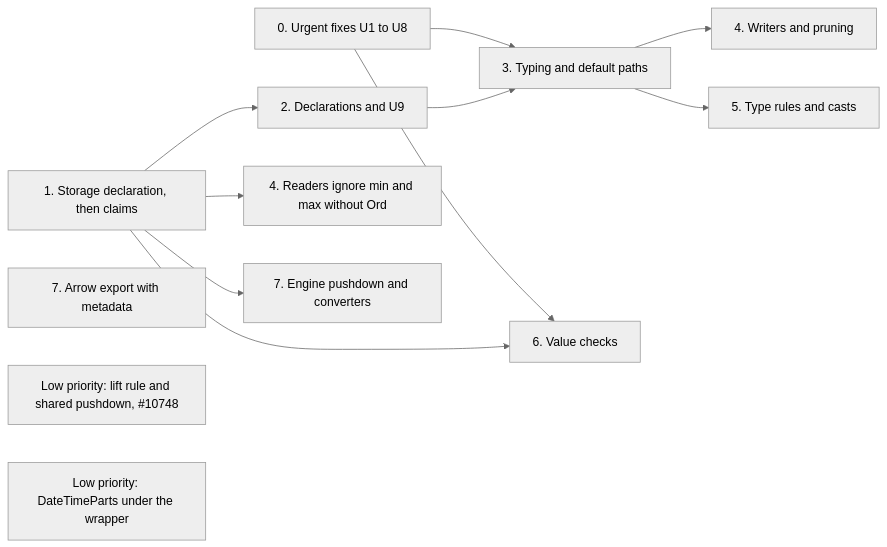
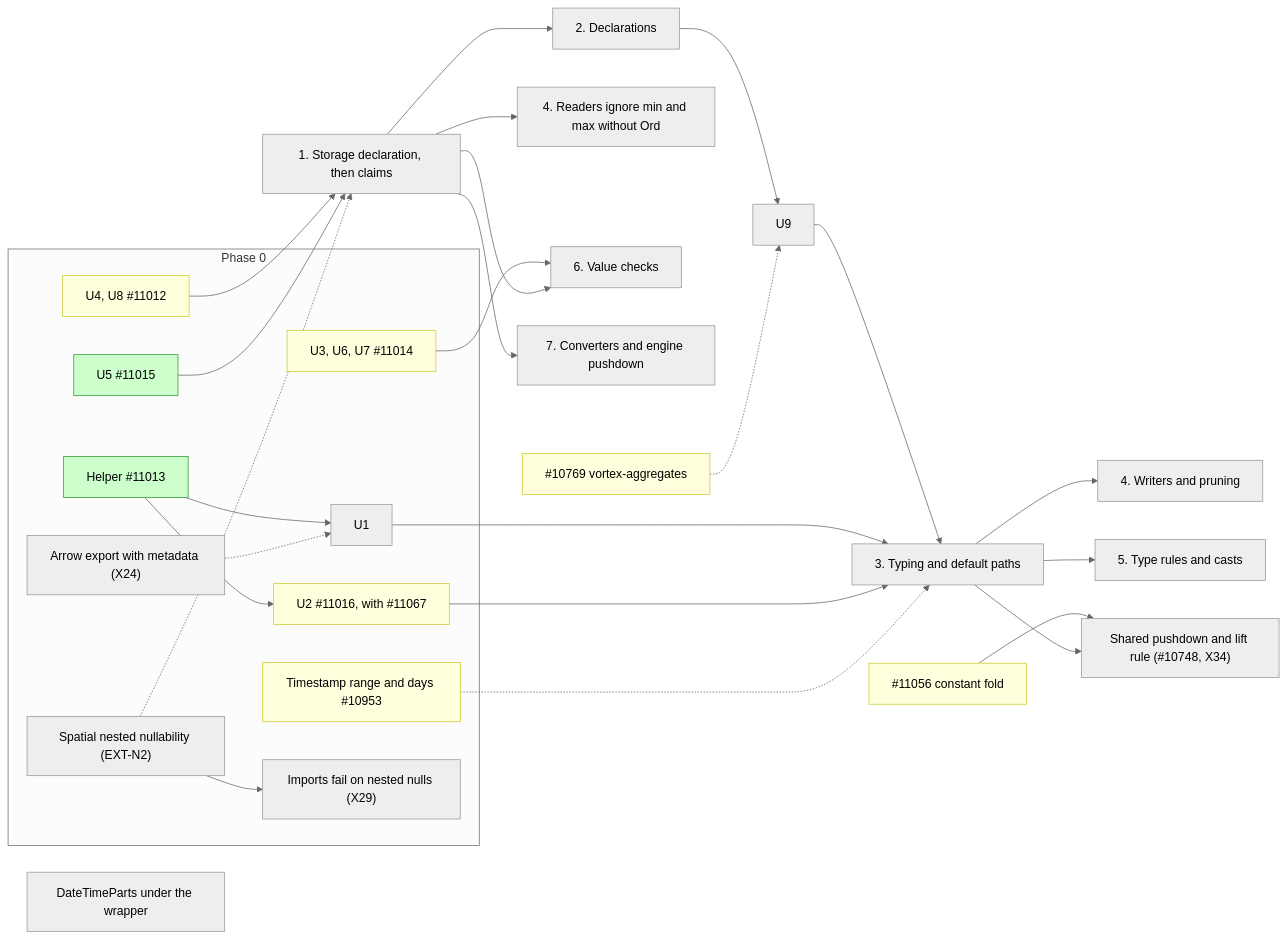
One commit to vortex-data/vortex changed the diagram in research/extension-types/05-implementation.md. Above: the diagram before and after it, drawn with Mermaid (neutral theme). The commit also changed other lines of this file and 3 other files, not shown here.

First line of the commit message:
Revise the extension plan and the type roadmap for the PRs of 2026-10-30

````diff
--- a/research/extension-types/05-implementation.md
+++ b/research/extension-types/05-implementation.md
@@ -26,15 +30,40 @@
 ```mermaid
 flowchart LR
-    P0["0. Urgent fixes U1 to U8"] --> P3["3. Typing and default paths"]
-    P1["1. Storage declaration, then claims"] --> P2["2. Declarations and U9"]
-    P2 --> P3
+    subgraph Z["Phase 0"]
+        H["Helper #11013"]:::merged
+        U5["U5 #11015"]:::merged
+        U4["U4, U8 #11012"]:::open
+        U3["U3, U6, U7 #11014"]:::open
+        U2["U2 #11016, with #11067"]:::open
+        AX["Arrow export with metadata (X24)"]
+        U1["U1"]
+        TS["Timestamp range and days #10953"]:::open
+        SP["Spatial nested nullability (EXT-N2)"]
+        IM["Imports fail on nested nulls (X29)"]
+    end
+    H --> U2
+    H --> U1
+    AX -.-> U1
+    SP --> IM
+    U4 --> P1["1. Storage declaration, then claims"]
+    U5 --> P1
+    SP -.-> P1
+    P1 --> P2["2. Declarations"]
+    P2 --> U9["U9"]
+    U9 --> P3["3. Typing and default paths"]
+    U1 --> P3
+    U2 --> P3
+    TS -.-> P3
     P1 --> P4r["4. Readers ignore min and max without Ord"]
     P3 --> P4w["4. Writers and pruning"]
     P3 --> P5["5. Type rules and casts"]
-    P0 --> P6["6. Value checks"]
+    U3 --> P6["6. Value checks"]
     P1 --> P6
-    P7a["7. Arrow export with metadata"]
-    P1 --> P7b["7. Engine pushdown and converters"]
-    L1["Low priority: lift rule and shared pushdown, #10748"]
-    L2["Low priority: DateTimeParts under the wrapper"]
+    P1 --> P7["7. Converters and engine pushdown"]
+    AG["#10769 vortex-aggregates"]:::open -.-> U9
+    C1["#11056 constant fold"]:::open --> L1["Shared pushdown and lift rule (#10748, X34)"]
+    P3 --> L1
+    L2["DateTimeParts under the wrapper"]
+    classDef merged fill:#cfc,stroke:#393
+    classDef open fill:#ffd,stroke:#cc3
 ```
````
